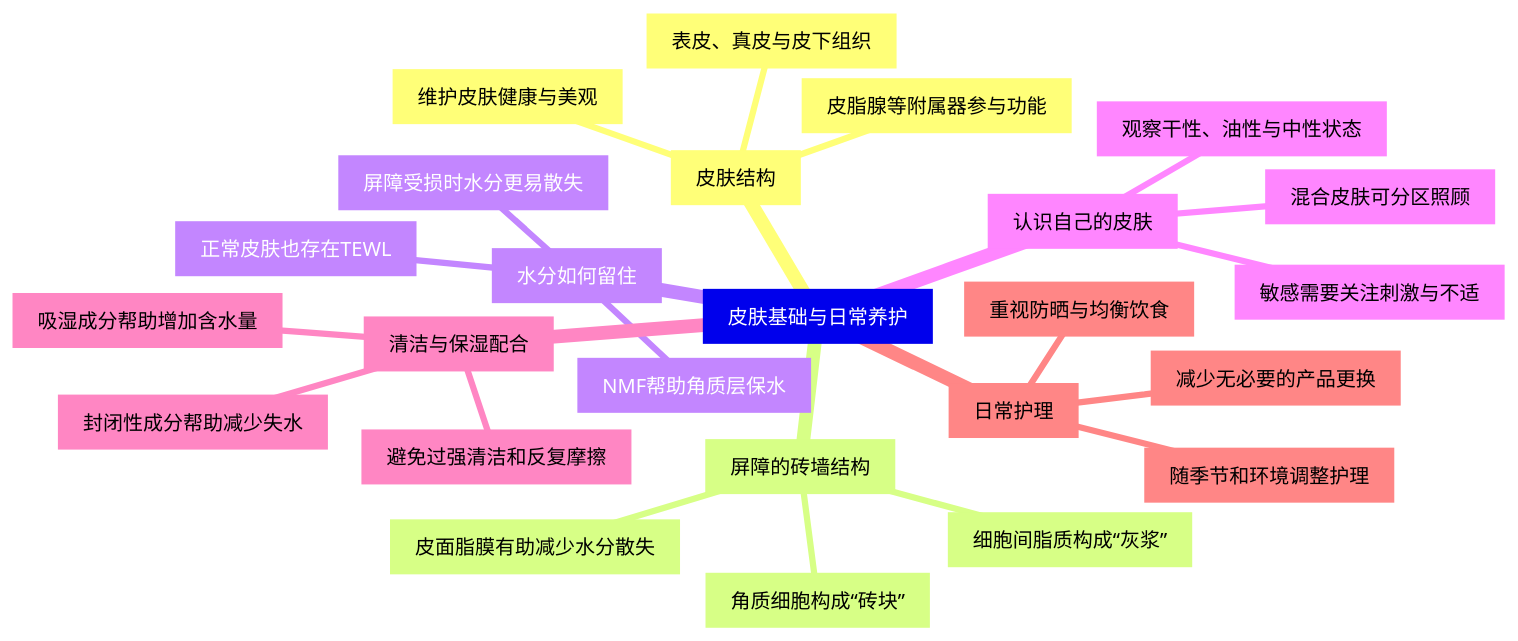
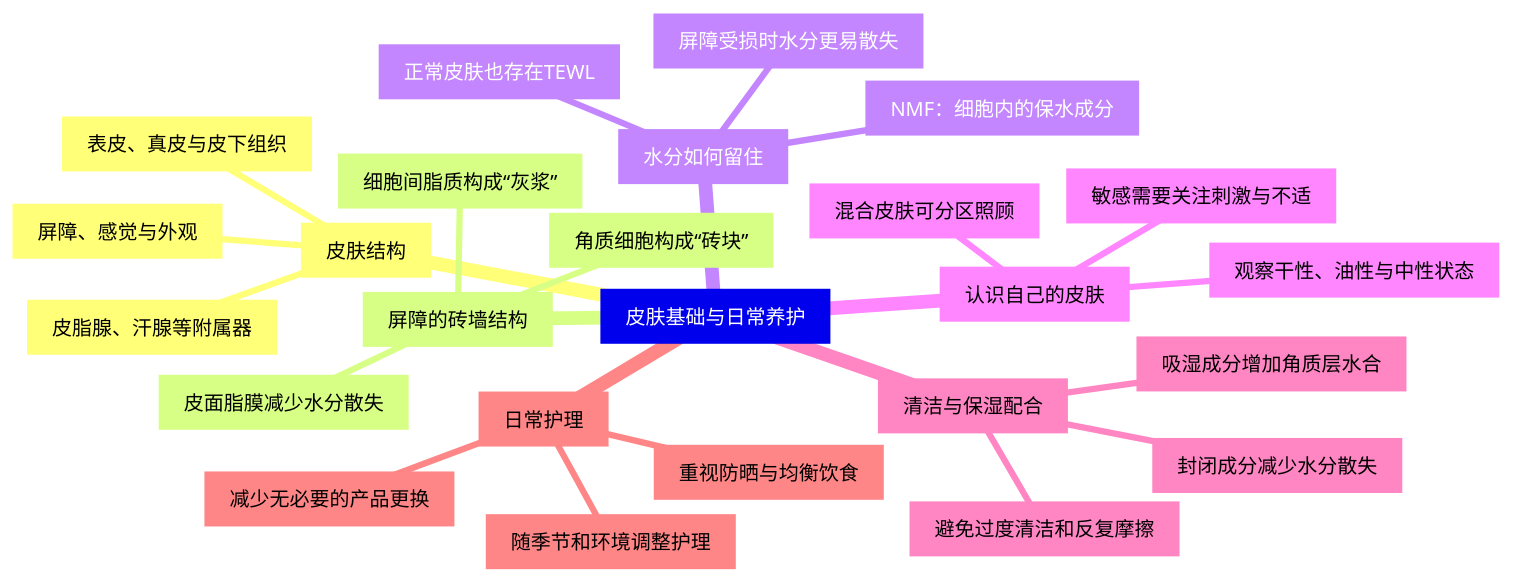
The diagram in docs/assets/lessons/skin-foundations.mmd (hanson2017ear/skin-barrier-skincare-course), drawn with Mermaid before and after one commit. The commit also changed 54 other files, not shown here.

Commit message:
Correct course chronology and teaching attribution; refine notes and diagrams

```diff
--- a/docs/assets/lessons/skin-foundations.mmd
+++ b/docs/assets/lessons/skin-foundations.mmd
@@ -1,26 +1,26 @@
 mindmap
   root["皮肤基础与日常养护"]
     b1["皮肤结构"]
-      b1n1["维护皮肤健康与美观"]
+      b1n1["屏障、感觉与外观"]
       b1n2["表皮、真皮与皮下组织"]
-      b1n3["皮脂腺等附属器参与功能"]
+      b1n3["皮脂腺、汗腺等附属器"]
     b2["屏障的砖墙结构"]
       b2n1["角质细胞构成“砖块”"]
       b2n2["细胞间脂质构成“灰浆”"]
-      b2n3["皮面脂膜有助减少水分散失"]
+      b2n3["皮面脂膜减少水分散失"]
     b3["水分如何留住"]
-      b3n1["NMF帮助角质层保水"]
+      b3n1["NMF：细胞内的保水成分"]
       b3n2["正常皮肤也存在TEWL"]
       b3n3["屏障受损时水分更易散失"]
     b4["认识自己的皮肤"]
       b4n1["观察干性、油性与中性状态"]
       b4n2["混合皮肤可分区照顾"]
       b4n3["敏感需要关注刺激与不适"]
     b5["清洁与保湿配合"]
-      b5n1["避免过强清洁和反复摩擦"]
-      b5n2["吸湿成分帮助增加含水量"]
-      b5n3["封闭性成分帮助减少失水"]
+      b5n1["避免过度清洁和反复摩擦"]
+      b5n2["吸湿成分增加角质层水合"]
+      b5n3["封闭成分减少水分散失"]
     b6["日常护理"]
       b6n1["随季节和环境调整护理"]
       b6n2["减少无必要的产品更换"]
       b6n3["重视防晒与均衡饮食"]
```
